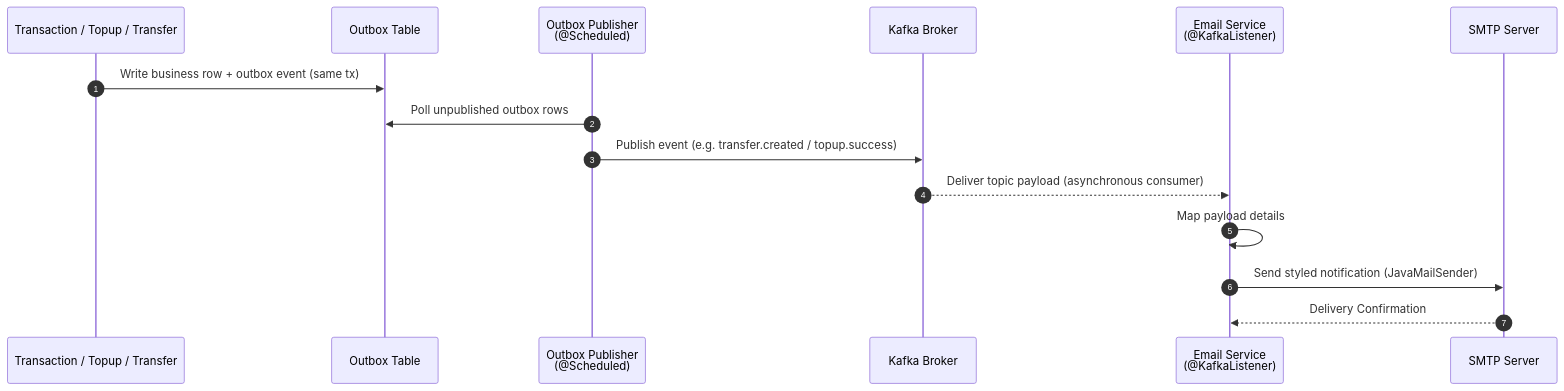
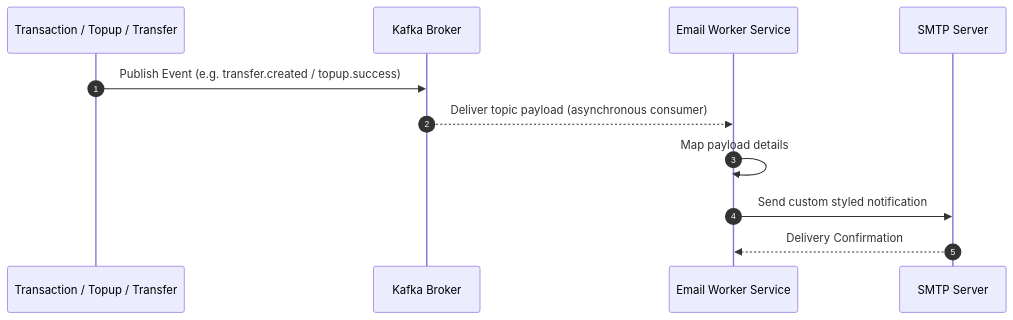
Before and after one commit to MamangRust/microservice-springboot-grpc-paymentgateway-graphql: the fifth of 13 diagrams in README.md, drawn with Mermaid. The commit also changed other lines of this file, not shown here.

Commit message:
Update README with latest microservices architecture

````diff
--- a/README.md
+++ b/README.md
@@ -358,18 +360,14 @@
 ```mermaid
 sequenceDiagram
     autonumber
     participant SVC as Transaction / Topup / Transfer
-    participant DB as Outbox Table
-    participant PUB as Outbox Publisher<br/>(@Scheduled)
     participant K as Kafka Broker
-    participant EMAIL as Email Service<br/>(@KafkaListener)
+    participant EMAIL as Email Worker Service
     participant SMTP as SMTP Server
 
-    SVC->>DB: Write business row + outbox event (same tx)
-    PUB->>DB: Poll unpublished outbox rows
-    PUB->>K: Publish event (e.g. transfer.created / topup.success)
+    SVC->>K: Publish Event (e.g. transfer.created / topup.success)
     K-->>EMAIL: Deliver topic payload (asynchronous consumer)
     EMAIL->>EMAIL: Map payload details
-    EMAIL->>SMTP: Send styled notification (JavaMailSender)
+    EMAIL->>SMTP: Send custom styled notification
     SMTP-->>EMAIL: Delivery Confirmation
 ```
````
